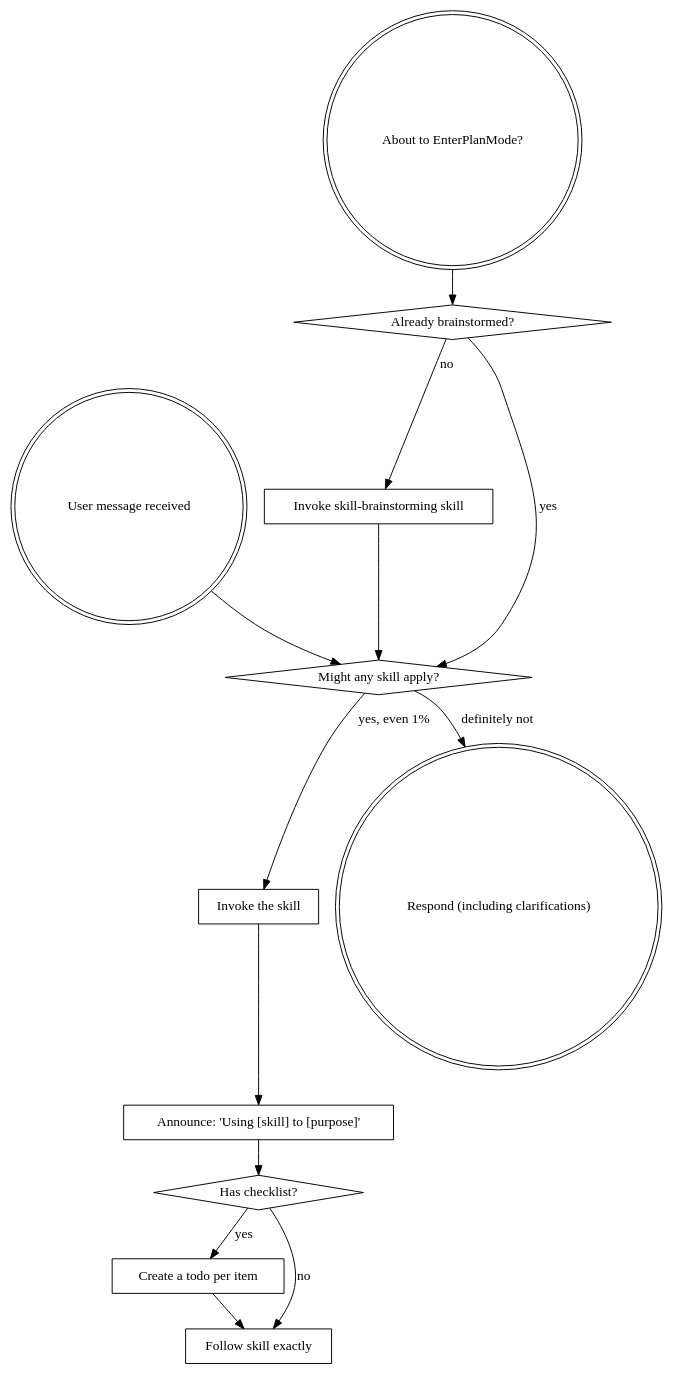
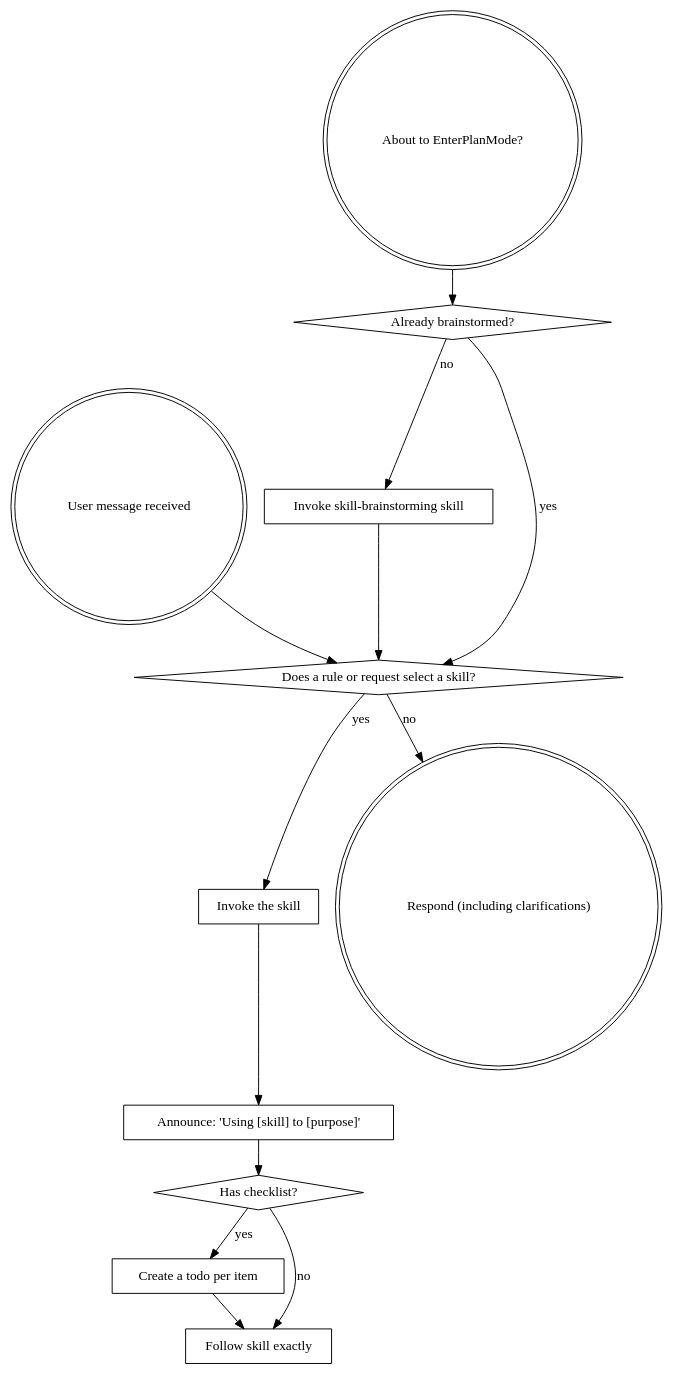
The diagram in .agents/skills/skill-using-superpowers/SKILL.md (longdang193/fitcv), drawn with Graphviz before and after one commit. The commit also changed other lines of this file and 39 other files, not shown here.

````diff
--- a/.agents/skills/skill-using-superpowers/SKILL.md
+++ b/.agents/skills/skill-using-superpowers/SKILL.md
@@ -47,29 +44,29 @@
 ```dot
 digraph skill_flow {
     "User message received" [shape=doublecircle];
     "About to EnterPlanMode?" [shape=doublecircle];
     "Already brainstormed?" [shape=diamond];
     "Invoke skill-brainstorming skill" [shape=box];
-    "Might any skill apply?" [shape=diamond];
+    "Does a rule or request select a skill?" [shape=diamond];
     "Invoke the skill" [shape=box];
     "Announce: 'Using [skill] to [purpose]'" [shape=box];
     "Has checklist?" [shape=diamond];
     "Create a todo per item" [shape=box];
     "Follow skill exactly" [shape=box];
     "Respond (including clarifications)" [shape=doublecircle];
 
     "About to EnterPlanMode?" -> "Already brainstormed?";
     "Already brainstormed?" -> "Invoke skill-brainstorming skill" [label="no"];
-    "Already brainstormed?" -> "Might any skill apply?" [label="yes"];
-    "Invoke skill-brainstorming skill" -> "Might any skill apply?";
+    "Already brainstormed?" -> "Does a rule or request select a skill?" [label="yes"];
+    "Invoke skill-brainstorming skill" -> "Does a rule or request select a skill?";
 
-    "User message received" -> "Might any skill apply?";
-    "Might any skill apply?" -> "Invoke the skill" [label="yes, even 1%"];
-    "Might any skill apply?" -> "Respond (including clarifications)" [label="definitely not"];
+    "User message received" -> "Does a rule or request select a skill?";
+    "Does a rule or request select a skill?" -> "Invoke the skill" [label="yes"];
+    "Does a rule or request select a skill?" -> "Respond (including clarifications)" [label="no"];
     "Invoke the skill" -> "Announce: 'Using [skill] to [purpose]'";
     "Announce: 'Using [skill] to [purpose]'" -> "Has checklist?";
     "Has checklist?" -> "Create a todo per item" [label="yes"];
     "Has checklist?" -> "Follow skill exactly" [label="no"];
     "Create a todo per item" -> "Follow skill exactly";
 }
 ```
````
